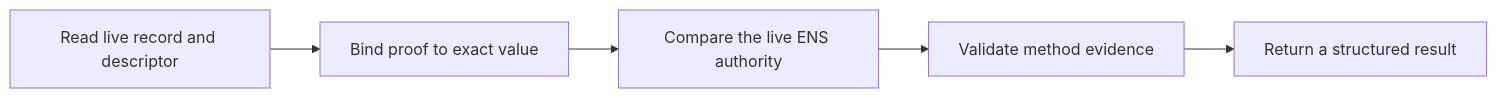
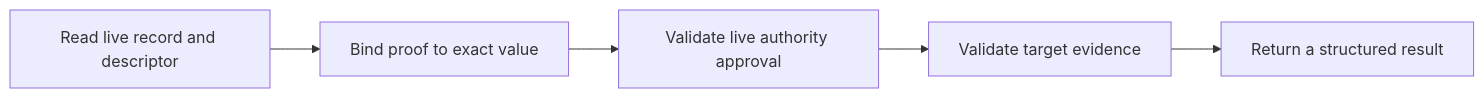
One commit to envoy1084/ensip-verification changed the diagram in apps/web/src/pages/docs/spec/overview.mdx. Above: the diagram before and after it, drawn with Mermaid. The commit also changed other lines of this file and 11 other files, not shown here.

Commit message:
docs: require authority-approved target proofs

````diff
--- a/apps/web/src/pages/docs/spec/overview.mdx
+++ b/apps/web/src/pages/docs/spec/overview.mdx
@@ -32,7 +32,7 @@
 ```mermaid
 flowchart LR
   A["Read live record and descriptor"] --> B["Bind proof to exact value"]
-  B --> C["Compare the live ENS authority"]
-  C --> D["Validate method evidence"]
+  B --> C["Validate live authority approval"]
+  C --> D["Validate target evidence"]
   D --> E["Return a structured result"]
 ```
````
